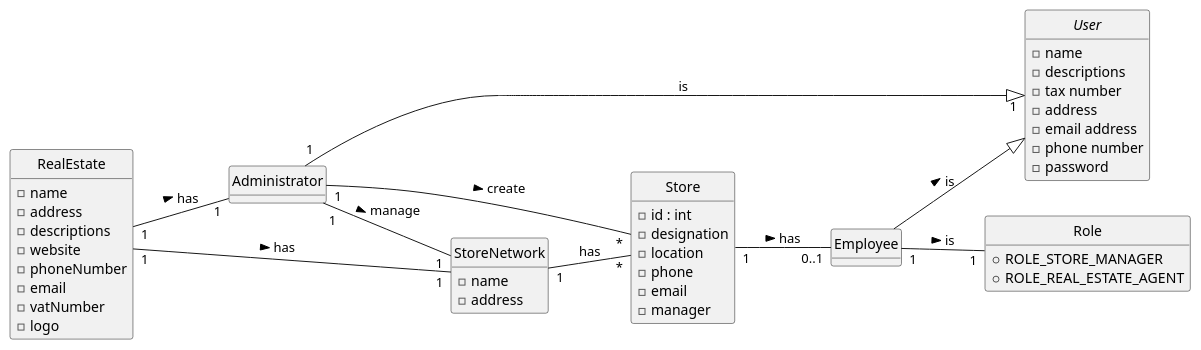
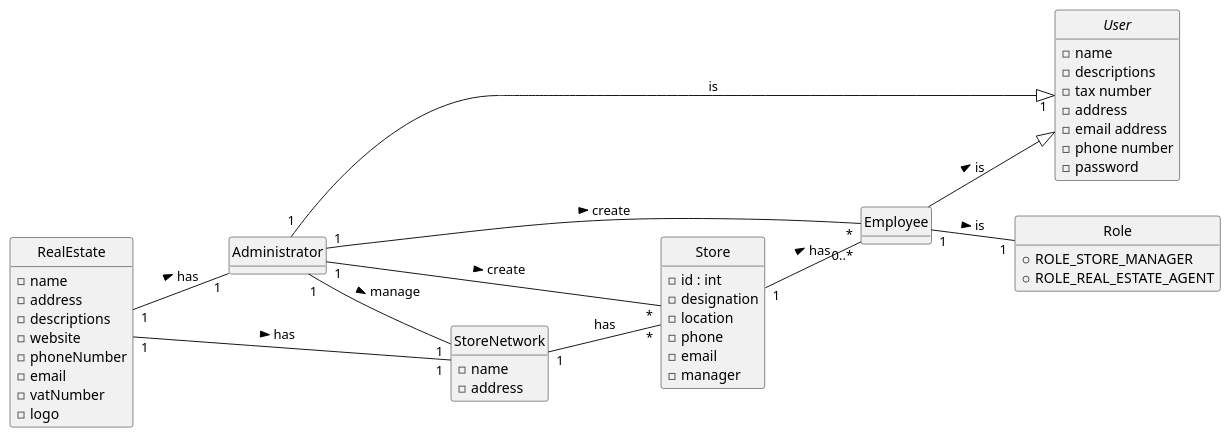
The diagram in lei-22-s2-1do-g68/docs/SprintB/us005/02.analysis/puml/us005-DomainModel.puml (hugosilva2901/lei-22-s2-1DO-g68), drawn with PlantUML before and after one commit. The commit also changed 1 other file, not shown here.

Commit message:
US005 - Updade Class Diagram

```diff
--- a/lei-22-s2-1do-g68/docs/SprintB/us005/02.analysis/puml/us005-DomainModel.puml
+++ b/lei-22-s2-1do-g68/docs/SprintB/us005/02.analysis/puml/us005-DomainModel.puml
@@ -1,64 +1,65 @@
 @startuml
 skinparam monochrome true
 skinparam packageStyle rectangle
 skinparam shadowing false
 
 left to right direction
 
 
 hide circle
 hide methods
 
 class RealEstate{
    - name
    - address
    - descriptions
    - website
    - phoneNumber
    - email
    - vatNumber
    - logo
 
 }
 abstract class User{
    - name
    - descriptions
   -  tax number
   -  address
   -  email address
   -  phone number
   -  password
 }
 class StoreNetwork{
     - name
     - address
 }
 
 class Store {
     - id : int
     - designation
     - location
     - phone
     - email
     - manager
 }
 class Administrator{
 }
 
 class Employee {
 }
 enum Role{
     + ROLE_STORE_MANAGER
     + ROLE_REAL_ESTATE_AGENT
 }
 StoreNetwork "1"--"*" Store : has
-Store "1"--"0..1" Employee : has  >
+Store "1"--"0..*" Employee : has  >
 Employee "1"--"1" Role : is >
 Employee --|> User : is >
 
 RealEstate "1"--"1" Administrator:has >
 RealEstate "1"--"1" StoreNetwork :has >
 Administrator "1"--"*" Store : create >
 Administrator "1"--"1" StoreNetwork : manage >
 Administrator "1"-|>"1" User : is
+Administrator "1"--"*" Employee : create >
 @enduml
```
